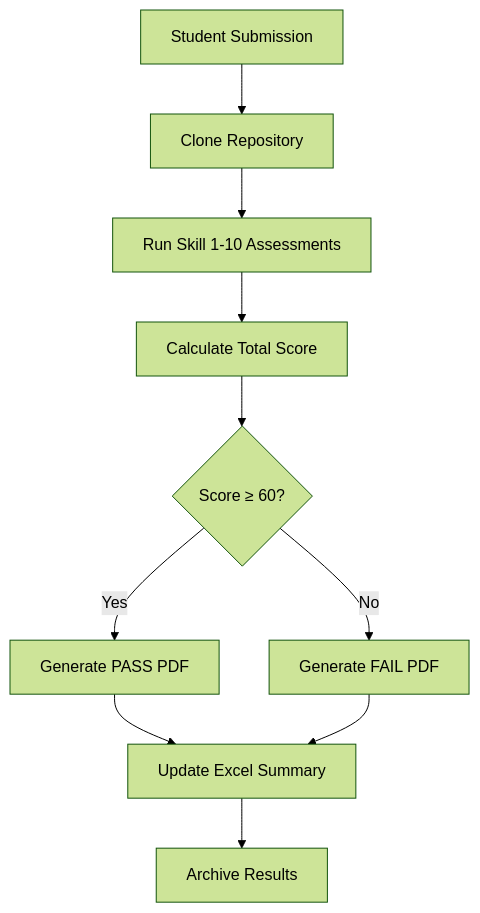
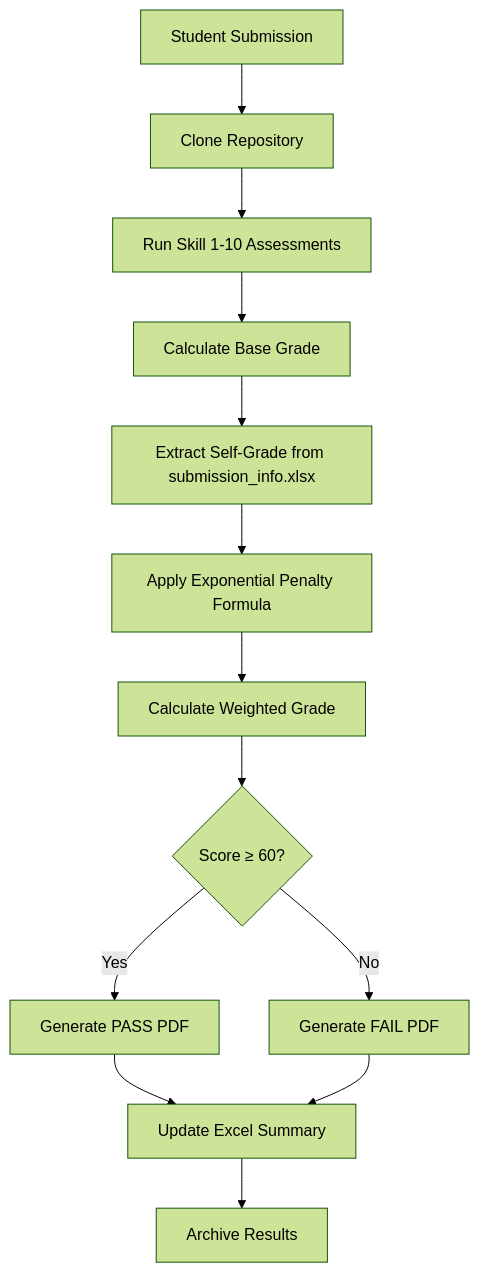
The diagram in README.md (OmryTzabbar1/RuniGrader), drawn with Mermaid (forest theme) before and after one commit. The commit also changed other lines of this file and 6 other files, not shown here.

First line of the commit message:
Add weighted grading system with exponential penalty formula

````diff
--- a/README.md
+++ b/README.md
@@ -316,12 +324,15 @@
 ```mermaid
 flowchart TD
     A[Student Submission] --> B[Clone Repository]
     B --> C[Run Skill 1-10 Assessments]
-    C --> D[Calculate Total Score]
-    D --> E{Score ≥ 60?}
-    E -->|Yes| F[Generate PASS PDF]
-    E -->|No| G[Generate FAIL PDF]
-    F --> H[Update Excel Summary]
-    G --> H
-    H --> I[Archive Results]
+    C --> D[Calculate Base Grade]
+    D --> E[Extract Self-Grade from submission_info.xlsx]
+    E --> F[Apply Exponential Penalty Formula]
+    F --> G[Calculate Weighted Grade]
+    G --> H{Score ≥ 60?}
+    H -->|Yes| I[Generate PASS PDF]
+    H -->|No| J[Generate FAIL PDF]
+    I --> K[Update Excel Summary]
+    J --> K
+    K --> L[Archive Results]
 ```
````
